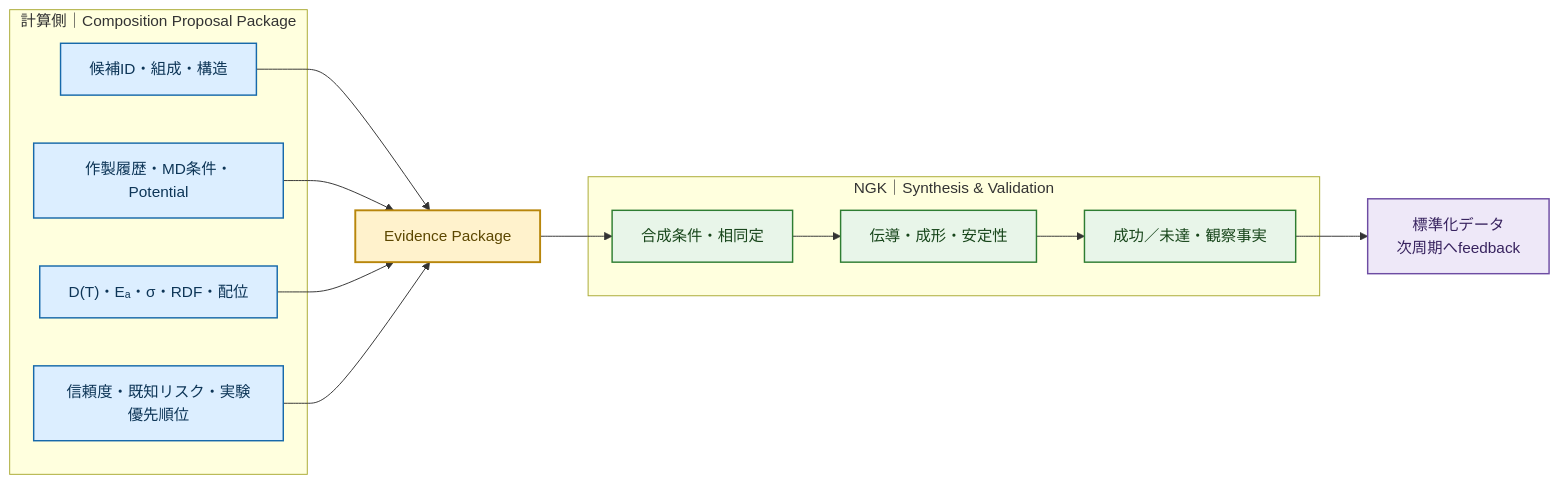
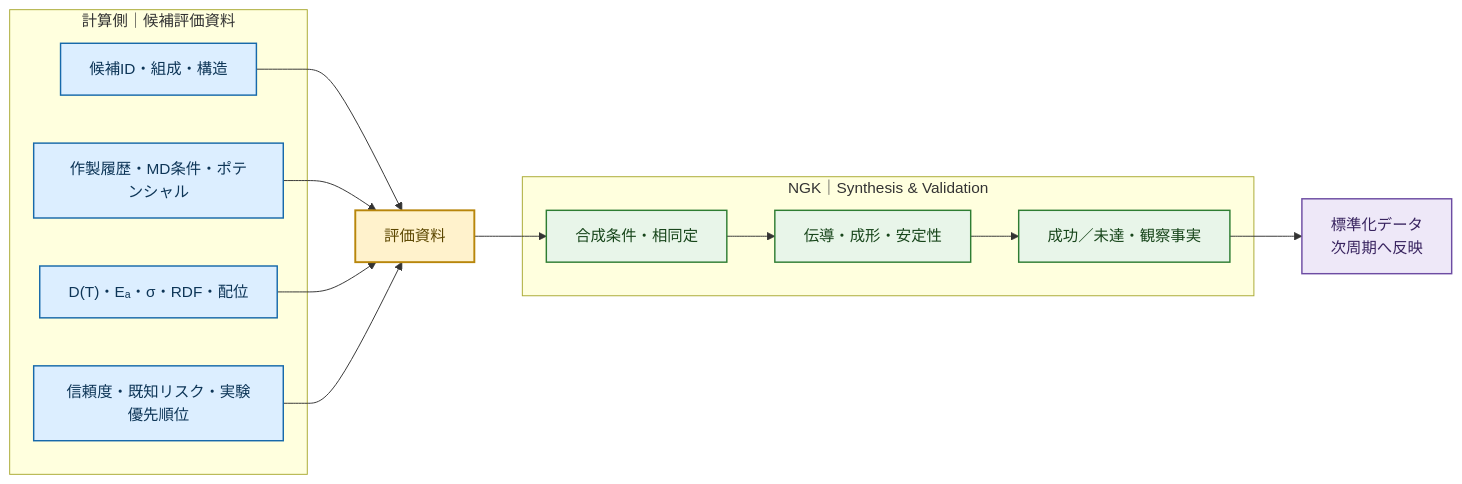
The seventh of 9 diagrams in docs/presentations/pretrained_potential_screening_proposal_7min_ja.md (Long-Brian-Yang/li-research), drawn with Mermaid before and after one commit. The commit also changed other lines of this file, not shown here.

````diff
--- a/docs/presentations/pretrained_potential_screening_proposal_7min_ja.md
+++ b/docs/presentations/pretrained_potential_screening_proposal_7min_ja.md
@@ -592,28 +592,28 @@
 ```mermaid
 flowchart LR
-    subgraph UNI["計算側｜Composition Proposal Package"]
+    subgraph UNI["計算側｜候補評価資料"]
         A1["候補ID・組成・構造"]
-        A2["作製履歴・MD条件・Potential"]
+        A2["作製履歴・MD条件・ポテンシャル"]
         A3["D(T)・Eₐ・σ・RDF・配位"]
         A4["信頼度・既知リスク・実験優先順位"]
     end
-    A1 --> B["Evidence Package"]
+    A1 --> B["評価資料"]
     A2 --> B
     A3 --> B
     A4 --> B
     B --> C1
     subgraph NGK["NGK｜Synthesis & Validation"]
         C1["合成条件・相同定"] --> C2["伝導・成形・安定性"]
         C2 --> C3["成功／未達・観察事実"]
     end
-    C3 --> D["標準化データ<br/>次周期へfeedback"]
+    C3 --> D["標準化データ<br/>次周期へ反映"]
 
     classDef calc fill:#dceeff,stroke:#1769aa,color:#0d3557,stroke-width:1.5px;
     classDef package fill:#fff2cc,stroke:#b8860b,color:#5c4700,stroke-width:2px;
     classDef exp fill:#e8f5e9,stroke:#2e7d32,color:#17451a,stroke-width:1.5px;
     classDef data fill:#eee8f8,stroke:#6d4ca3,color:#38235f,stroke-width:1.5px;
     class A1,A2,A3,A4 calc;
     class B package;
     class C1,C2,C3 exp;
     class D data;
 ```
````
